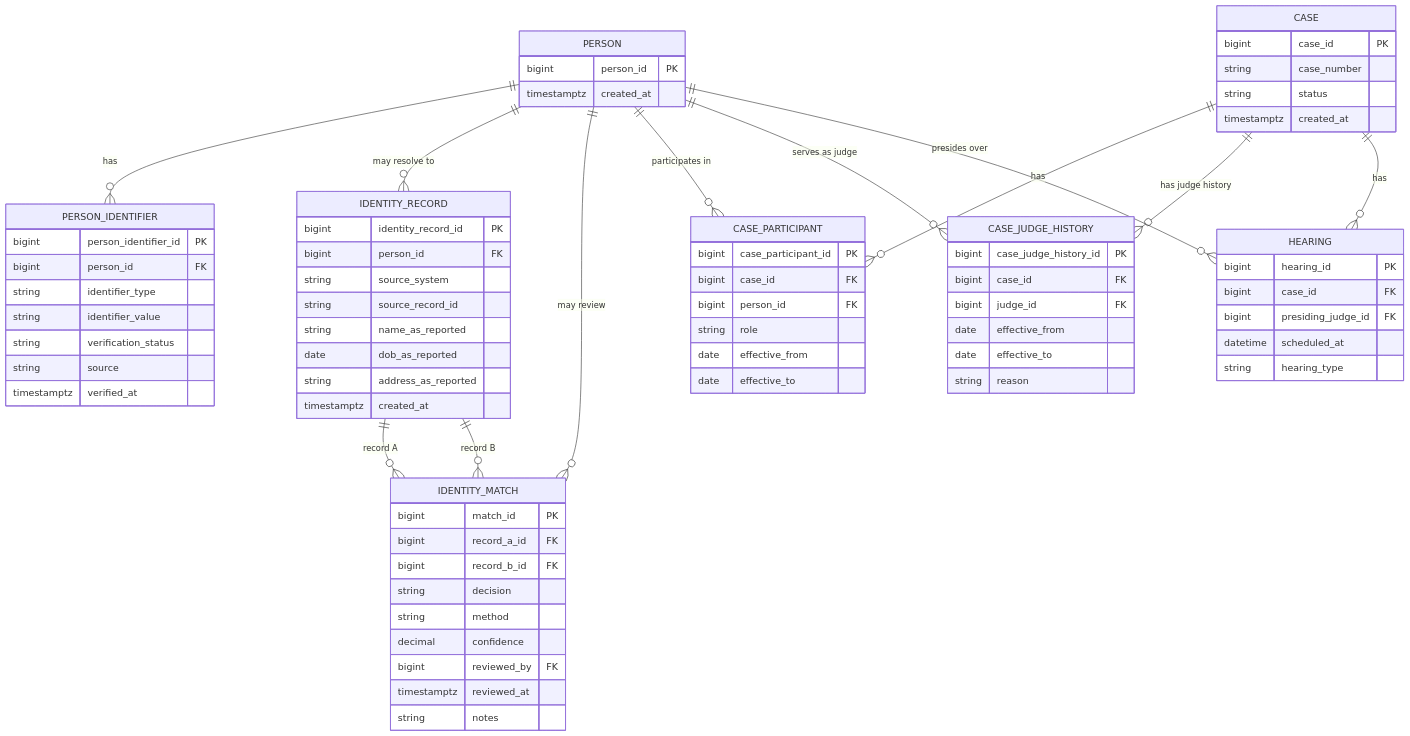
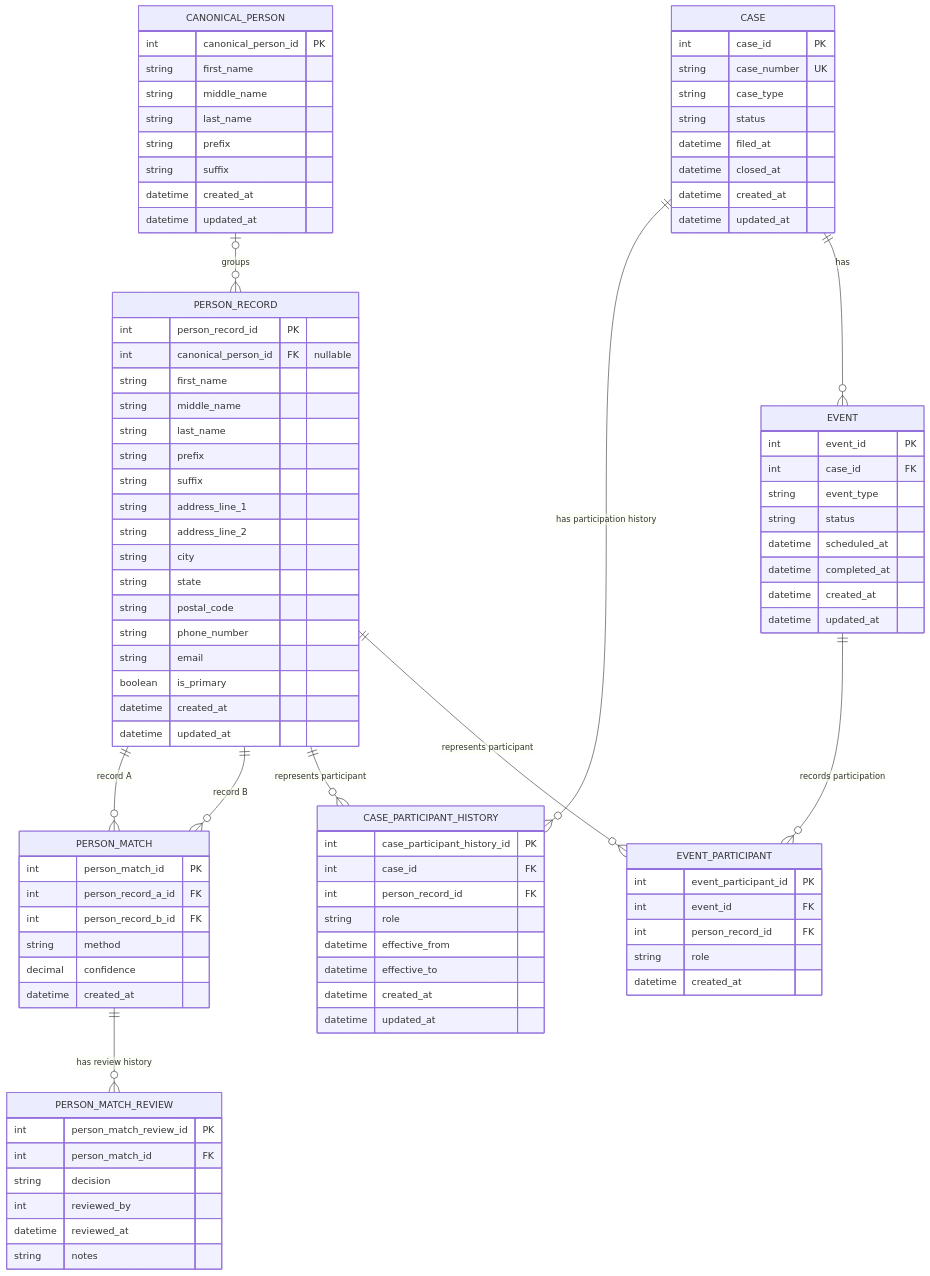
Before and after one commit to danyd6784/cms-skeleton: the diagram in docs/domain-model-decisions.md, drawn with Mermaid. The commit also changed other lines of this file, not shown here.

````diff
--- a/docs/domain-model-decisions.md
+++ b/docs/domain-model-decisions.md
@@ -40,91 +45,105 @@
 ```mermaid
 erDiagram
-
-    PERSON {
-        bigint person_id PK
-        timestamptz created_at
+    CANONICAL_PERSON {
+        int canonical_person_id PK
+        string first_name
+        string middle_name
+        string last_name
+        string prefix
+        string suffix
+        datetime created_at
+        datetime updated_at
     }
 
-    PERSON_IDENTIFIER {
-        bigint person_identifier_id PK
-        bigint person_id FK
-        string identifier_type
-        string identifier_value
-        string verification_status
-        string source
-        timestamptz verified_at
+    PERSON_RECORD {
+        int person_record_id PK
+        int canonical_person_id FK "nullable"
+        string first_name
+        string middle_name
+        string last_name
+        string prefix
+        string suffix
+        string address_line_1
+        string address_line_2
+        string city
+        string state
+        string postal_code
+        string phone_number
+        string email
+        boolean is_primary
+        datetime created_at
+        datetime updated_at
     }
 
-    IDENTITY_RECORD {
-        bigint identity_record_id PK
-        bigint person_id FK
-        string source_system
-        string source_record_id
-        string name_as_reported
-        date dob_as_reported
-        string address_as_reported
-        timestamptz created_at
+    PERSON_MATCH {
+        int person_match_id PK
+        int person_record_a_id FK
+        int person_record_b_id FK
+        string method
+        decimal confidence
+        datetime created_at
     }
 
-    IDENTITY_MATCH {
-        bigint match_id PK
-        bigint record_a_id FK
-        bigint record_b_id FK
+    PERSON_MATCH_REVIEW {
+        int person_match_review_id PK
+        int person_match_id FK
         string decision
-        string method
-        decimal confidence
-        bigint reviewed_by FK
-        timestamptz reviewed_at
+        int reviewed_by
+        datetime reviewed_at
         string notes
     }
 
     CASE {
-        bigint case_id PK
-        string case_number
+        int case_id PK
+        string case_number UK
+        string case_type
         string status
-        timestamptz created_at
+        datetime filed_at
+        datetime closed_at
+        datetime created_at
+        datetime updated_at
     }
 
-    CASE_PARTICIPANT {
-        bigint case_participant_id PK
-        bigint case_id FK
-        bigint person_id FK
+    CASE_PARTICIPANT_HISTORY {
+        int case_participant_history_id PK
+        int case_id FK
+        int person_record_id FK
         string role
-        date effective_from
-        date effective_to
+        datetime effective_from
+        datetime effective_to
+        datetime created_at
+        datetime updated_at
     }
 
-    CASE_JUDGE_HISTORY {
-        bigint case_judge_history_id PK
-        bigint case_id FK
-        bigint judge_id FK
-        date effective_from
-        date effective_to
-        string reason
+    EVENT {
+        int event_id PK
+        int case_id FK
+        string event_type
+        string status
+        datetime scheduled_at
+        datetime completed_at
+        datetime created_at
+        datetime updated_at
     }
 
-    HEARING {
-        bigint hearing_id PK
-        bigint case_id FK
-        bigint presiding_judge_id FK
-        datetime scheduled_at
-        string hearing_type
+    EVENT_PARTICIPANT {
+        int event_participant_id PK
+        int event_id FK
+        int person_record_id FK
+        string role
+        datetime created_at
     }
 
-    PERSON ||--o{ PERSON_IDENTIFIER : "has"
-    PERSON ||--o{ IDENTITY_RECORD : "may resolve to"
+    CANONICAL_PERSON o|--o{ PERSON_RECORD : "groups"
 
-    IDENTITY_RECORD ||--o{ IDENTITY_MATCH : "record A"
-    IDENTITY_RECORD ||--o{ IDENTITY_MATCH : "record B"
+    PERSON_RECORD ||--o{ PERSON_MATCH : "record A"
+    PERSON_RECORD ||--o{ PERSON_MATCH : "record B"
+    PERSON_MATCH ||--o{ PERSON_MATCH_REVIEW : "has review history"
 
-    PERSON ||--o{ IDENTITY_MATCH : "may review"
+    CASE ||--o{ CASE_PARTICIPANT_HISTORY : "has participation history"
+    PERSON_RECORD ||--o{ CASE_PARTICIPANT_HISTORY : "represents participant"
 
-    PERSON ||--o{ CASE_PARTICIPANT : "participates in"
-    CASE ||--o{ CASE_PARTICIPANT : "has"
-
-    CASE ||--o{ CASE_JUDGE_HISTORY : "has judge history"
-    PERSON ||--o{ CASE_JUDGE_HISTORY : "serves as judge"
-
-    CASE ||--o{ HEARING : "has"
-    PERSON ||--o{ HEARING : "presides over"
+    CASE ||--o{ EVENT : "has"
+    EVENT ||--o{ EVENT_PARTICIPANT : "records participation"
+    PERSON_RECORD ||--o{ EVENT_PARTICIPANT : "represents participant"
 ```
````
